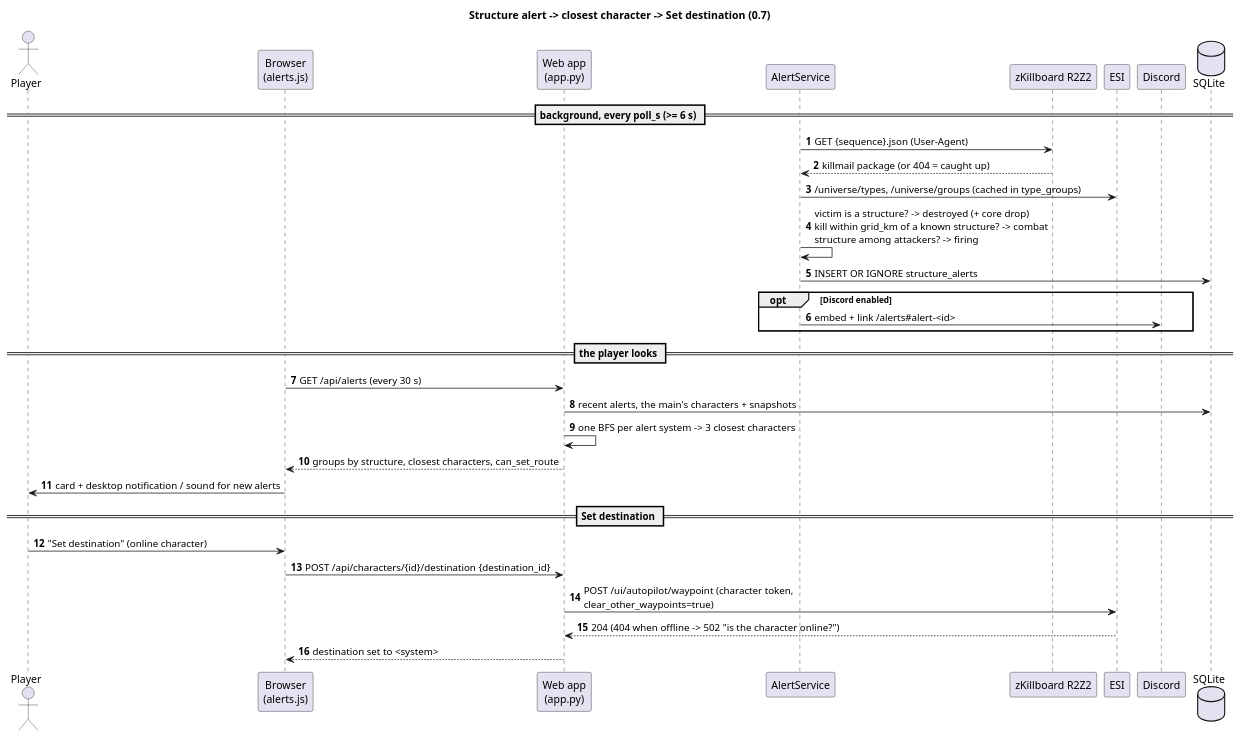
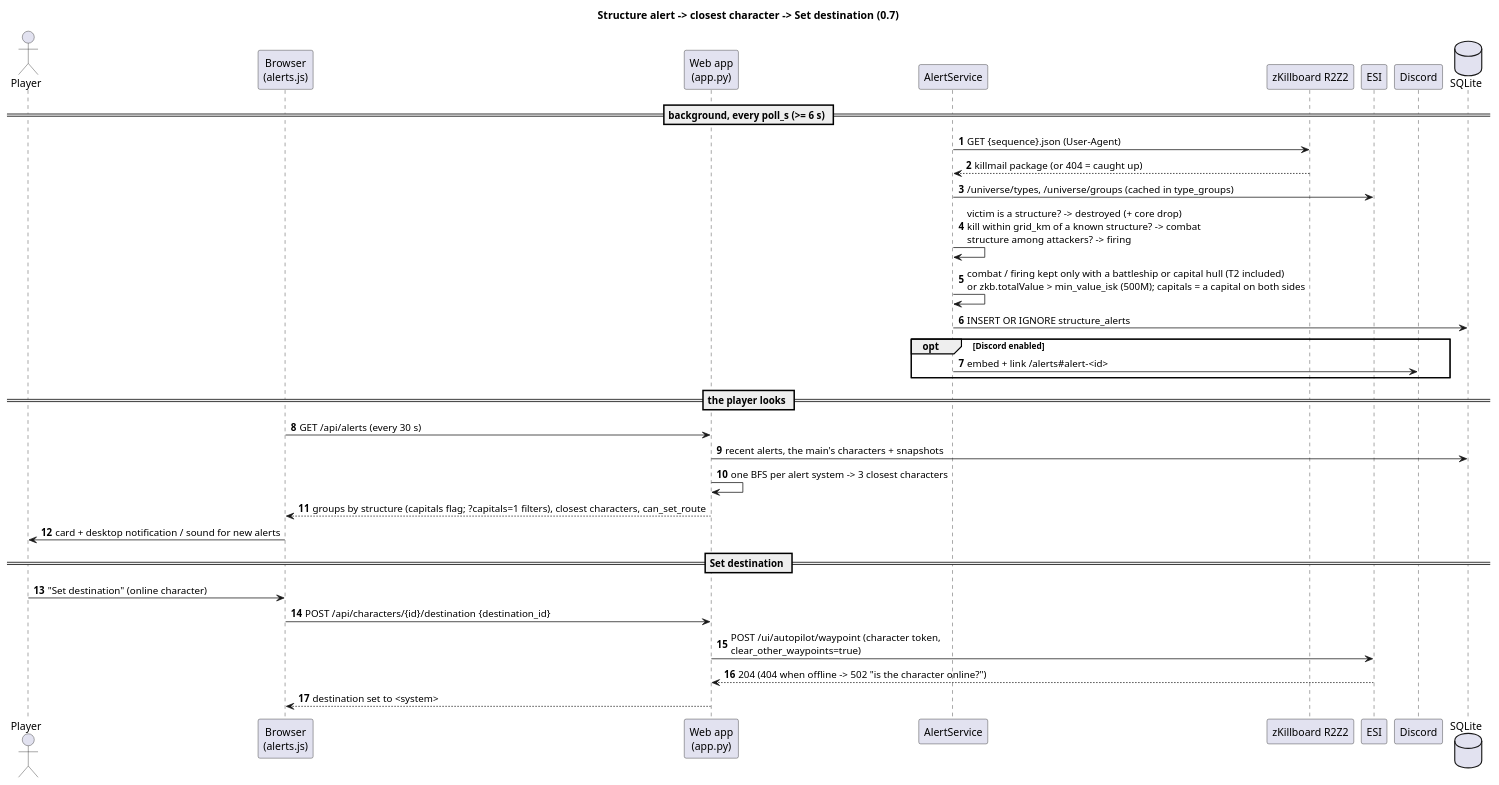
One commit to Headruner/war-bot-2 changed the diagram in docs/c4/11-seq-structure-alert.puml. Above: the diagram before and after it, drawn with PlantUML. The commit also changed 71 other files, not shown here.

```diff
--- a/docs/c4/11-seq-structure-alert.puml
+++ b/docs/c4/11-seq-structure-alert.puml
@@ -1,36 +1,37 @@
 @startuml seq-structure-alert
 title Structure alert -> closest character -> Set destination (0.7)
 autonumber
 actor "Player" as user
 participant "Browser\n(alerts.js)" as ui
 participant "Web app\n(app.py)" as web
 participant "AlertService" as alerts
 participant "zKillboard R2Z2" as zkb
 participant "ESI" as esi
 participant "Discord" as discord
 database "SQLite" as db
 
 == background, every poll_s (>= 6 s) ==
 alerts -> zkb : GET {sequence}.json (User-Agent)
 zkb --> alerts : killmail package (or 404 = caught up)
 alerts -> esi : /universe/types, /universe/groups (cached in type_groups)
 alerts -> alerts : victim is a structure? -> destroyed (+ core drop)\nkill within grid_km of a known structure? -> combat\nstructure among attackers? -> firing
+alerts -> alerts : combat / firing kept only with a battleship or capital hull (T2 included)\nor zkb.totalValue > min_value_isk (500M); capitals = a capital on both sides
 alerts -> db : INSERT OR IGNORE structure_alerts
 opt Discord enabled
   alerts -> discord : embed + link /alerts#alert-<id>
 end
 
 == the player looks ==
 ui -> web : GET /api/alerts (every 30 s)
 web -> db : recent alerts, the main's characters + snapshots
 web -> web : one BFS per alert system -> 3 closest characters
-web --> ui : groups by structure, closest characters, can_set_route
+web --> ui : groups by structure (capitals flag; ?capitals=1 filters), closest characters, can_set_route
 ui -> user : card + desktop notification / sound for new alerts
 
 == Set destination ==
 user -> ui : "Set destination" (online character)
 ui -> web : POST /api/characters/{id}/destination {destination_id}
 web -> esi : POST /ui/autopilot/waypoint (character token,\nclear_other_waypoints=true)
 esi --> web : 204 (404 when offline -> 502 "is the character online?")
 web --> ui : destination set to <system>
 @enduml
```
